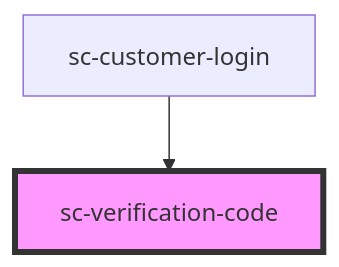
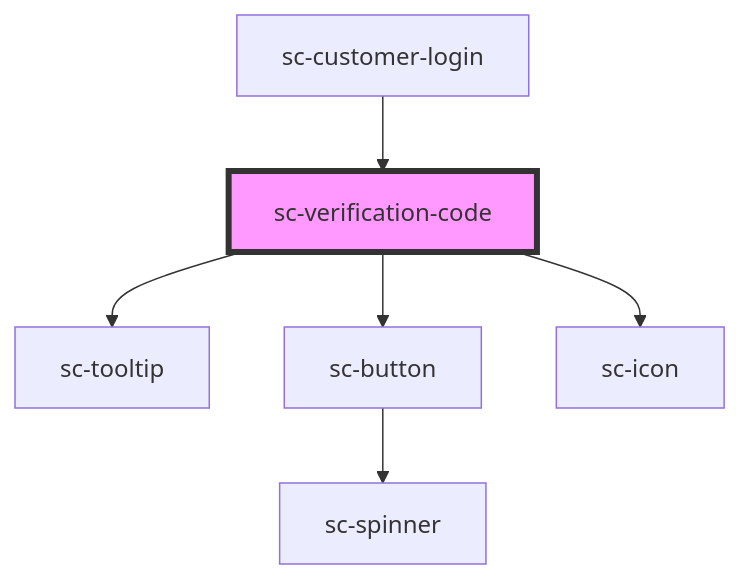
The diagram in packages/components/src/components/ui/verification-code/readme.md (surecart/surecart-wp-plugin), drawn with Mermaid before and after one commit. The commit also changed other lines of this file and 14 other files, not shown here.

````diff
--- a/packages/components/src/components/ui/verification-code/readme.md
+++ b/packages/components/src/components/ui/verification-code/readme.md
@@ -23,5 +30,9 @@
 ```mermaid
 graph TD;
+  sc-verification-code --> sc-tooltip
+  sc-verification-code --> sc-button
+  sc-verification-code --> sc-icon
+  sc-button --> sc-spinner
   sc-customer-login --> sc-verification-code
   style sc-verification-code fill:#f9f,stroke:#333,stroke-width:4px
 ```
````
